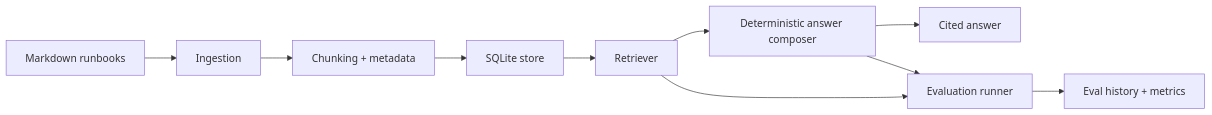
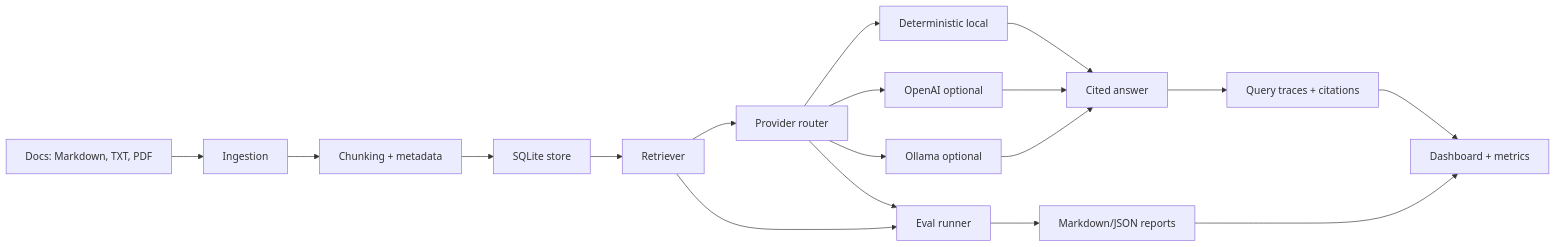
The diagram in README.md (GoparapukethaN/ai-reliability-lab), drawn with Mermaid before and after one commit. The commit also changed other lines of this file and 13 other files, not shown here.

````diff
--- a/README.md
+++ b/README.md
@@ -35,12 +104,20 @@
 ```mermaid
 flowchart LR
-    A["Markdown runbooks"] --> B["Ingestion"]
+    A["Docs: Markdown, TXT, PDF"] --> B["Ingestion"]
     B --> C["Chunking + metadata"]
     C --> D["SQLite store"]
     D --> E["Retriever"]
-    E --> F["Deterministic answer composer"]
-    F --> G["Cited answer"]
-    E --> H["Evaluation runner"]
-    F --> H
-    H --> I["Eval history + metrics"]
+    E --> F["Provider router"]
+    F --> G["Deterministic local"]
+    F --> H["OpenAI optional"]
+    F --> I["Ollama optional"]
+    G --> J["Cited answer"]
+    H --> J
+    I --> J
+    J --> K["Query traces + citations"]
+    E --> L["Eval runner"]
+    F --> L
+    L --> M["Markdown/JSON reports"]
+    K --> N["Dashboard + metrics"]
+    M --> N
 ```
````
